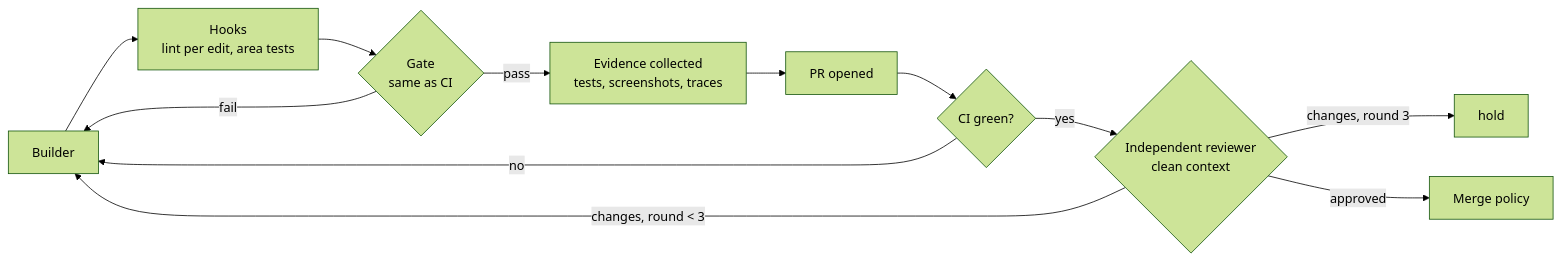
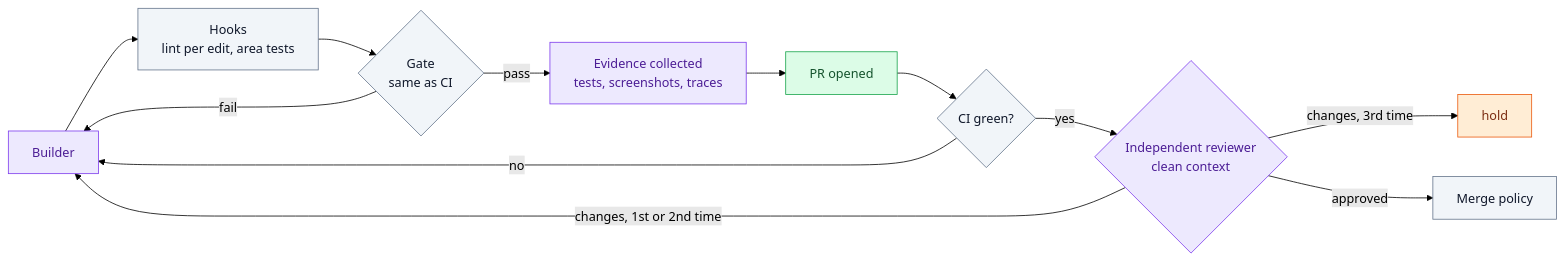
One commit to icelink-ai/software-factory-manifesto changed the diagram in docs/05-verification/README.md. Above: the diagram before and after it, drawn with Mermaid (forest theme). The commit also changed other lines of this file and 73 other files, not shown here.

````diff
--- a/docs/05-verification/README.md
+++ b/docs/05-verification/README.md
@@ -35,14 +42,19 @@
 ```mermaid
 flowchart LR
-    B[Builder] --> H["Hooks<br/>lint per edit, area tests"]
-    H --> G{"Gate<br/>same as CI"}
+    B["Builder"]:::agent --> H["Hooks<br/>lint per edit, area tests"]:::script
+    H --> G{"Gate<br/>same as CI"}:::script
     G -->|fail| B
-    G -->|pass| E["Evidence collected<br/>tests, screenshots, traces"]
-    E --> PR[PR opened]
-    PR --> CI{CI green?}
+    G -->|pass| E["Evidence collected<br/>tests, screenshots, traces"]:::agent
+    E --> PR["PR opened"]:::state
+    PR --> CI{"CI green?"}:::script
     CI -->|no| B
-    CI -->|yes| R{"Independent reviewer<br/>clean context"}
-    R -->|"changes, round < 3"| B
-    R -->|"changes, round 3"| HOLD[hold]
-    R -->|approved| MP[Merge policy]
+    CI -->|yes| R{"Independent reviewer<br/>clean context"}:::agent
+    R -->|"changes, 1st or 2nd time"| B
+    R -->|"changes, 3rd time"| HOLD["hold"]:::stop
+    R -->|approved| MP["Merge policy"]:::script
+    classDef person fill:#dbeafe,stroke:#2563eb,color:#1e3a8a
+    classDef script fill:#f1f5f9,stroke:#64748b,color:#0f172a
+    classDef agent fill:#ede9fe,stroke:#7c3aed,color:#4c1d95
+    classDef state fill:#dcfce7,stroke:#16a34a,color:#14532d
+    classDef stop fill:#ffedd5,stroke:#ea580c,color:#7c2d12
 ```
````
